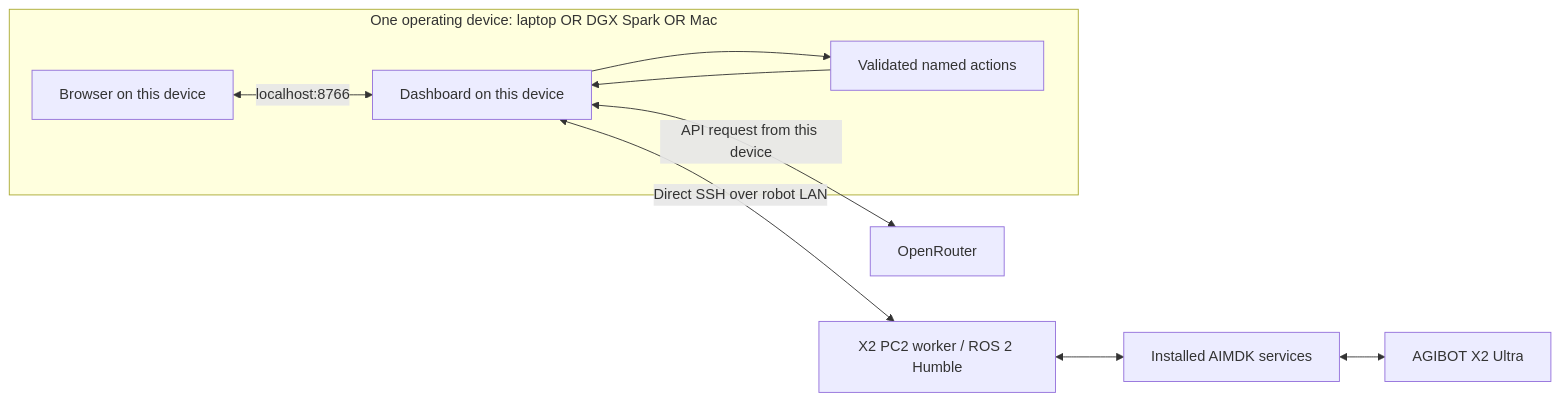
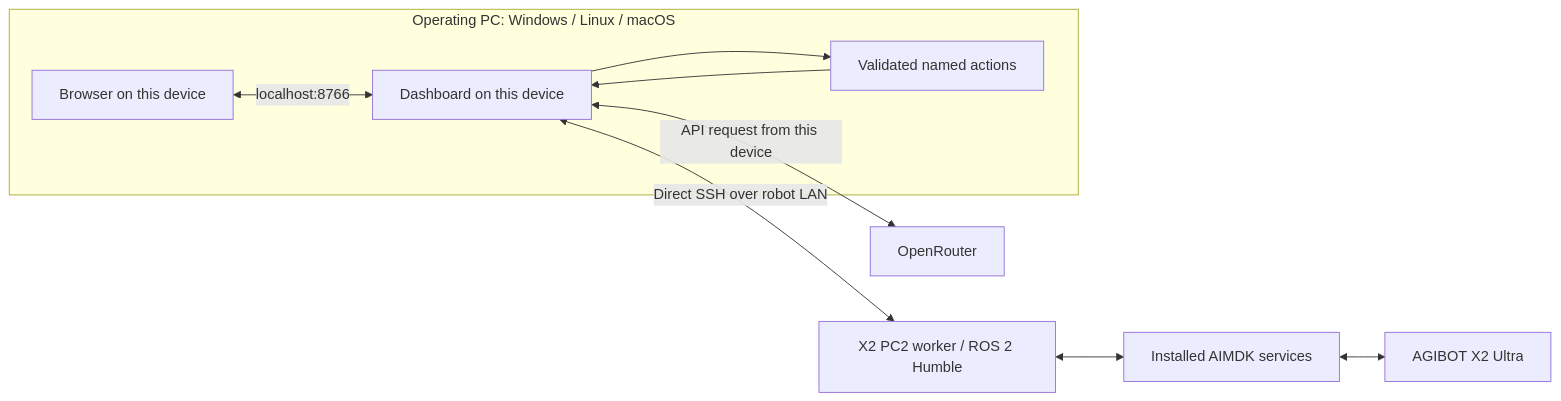
One commit to mps0927/agibot-x2 changed the diagram in diagram.mmd. Above: the diagram before and after it, drawn with Mermaid. The commit also changed 6 other files, not shown here.

```diff
--- a/diagram.mmd
+++ b/diagram.mmd
@@ -1,10 +1,10 @@
 flowchart LR
-    subgraph HOST[One operating device: laptop OR DGX Spark OR Mac]
+    subgraph HOST[Operating PC: Windows / Linux / macOS]
         B[Browser on this device] <-->|localhost:8766| D[Dashboard on this device]
         D --> P[Validated named actions]
         P --> D
     end
     D <-->|API request from this device| V[OpenRouter]
     D <-->|Direct SSH over robot LAN| W[X2 PC2 worker / ROS 2 Humble]
     W <--> M[Installed AIMDK services]
     M <--> X[AGIBOT X2 Ultra]
```
